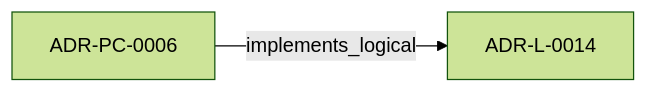
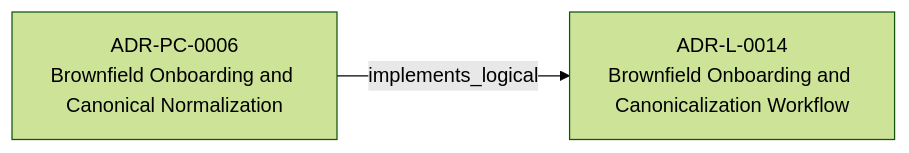
Before and after one commit to egallmann/adr-architecture-kit: the first of 2 diagrams in adrs/adr-projection/logical/ADR-L-0014-brownfield-onboarding-and-canonicalization-workflow.md, drawn with Mermaid (forest theme). The commit also changed other lines of this file and 35 other files, not shown here.

````diff
--- a/adrs/adr-projection/logical/ADR-L-0014-brownfield-onboarding-and-canonicalization-workflow.md
+++ b/adrs/adr-projection/logical/ADR-L-0014-brownfield-onboarding-and-canonicalization-workflow.md
@@ -30,6 +30,6 @@
 ```mermaid
 flowchart LR
-  n_019fee89_e616_7628_913b_a059c1057c36["ADR-L-0014"]
-  n_019fee89_e618_7787_b43f_a3e5cb264dd5["ADR-PC-0006"]
+  n_019fee89_e616_7628_913b_a059c1057c36["ADR-L-0014<br/>Brownfield Onboarding and Canonicalization Workflow"]
+  n_019fee89_e618_7787_b43f_a3e5cb264dd5["ADR-PC-0006<br/>Brownfield Onboarding and Canonical Normalization"]
   n_019fee89_e618_7787_b43f_a3e5cb264dd5 -->|"implements_logical"| n_019fee89_e616_7628_913b_a059c1057c36
 ```
````
